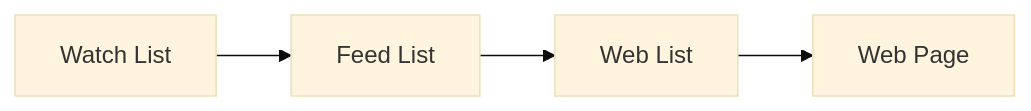
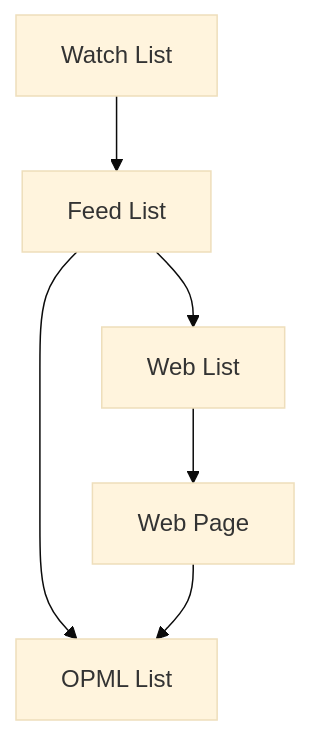
Before and after one commit to jser/watch-list: the diagram in README.md, drawn with Mermaid (base theme). The commit also changed other lines of this file and 3 other files, not shown here.

Commit message:
Add opml list

````diff
--- a/README.md
+++ b/README.md
@@ -16,6 +16,8 @@
 ```mermaid
-graph LR
+graph TD
     A[Watch List] --> B[Feed List]
+    B --> E[OPML List]
     B --> C[Web List]
     C --> D[Web Page]
+    D --> E
 ```
````
